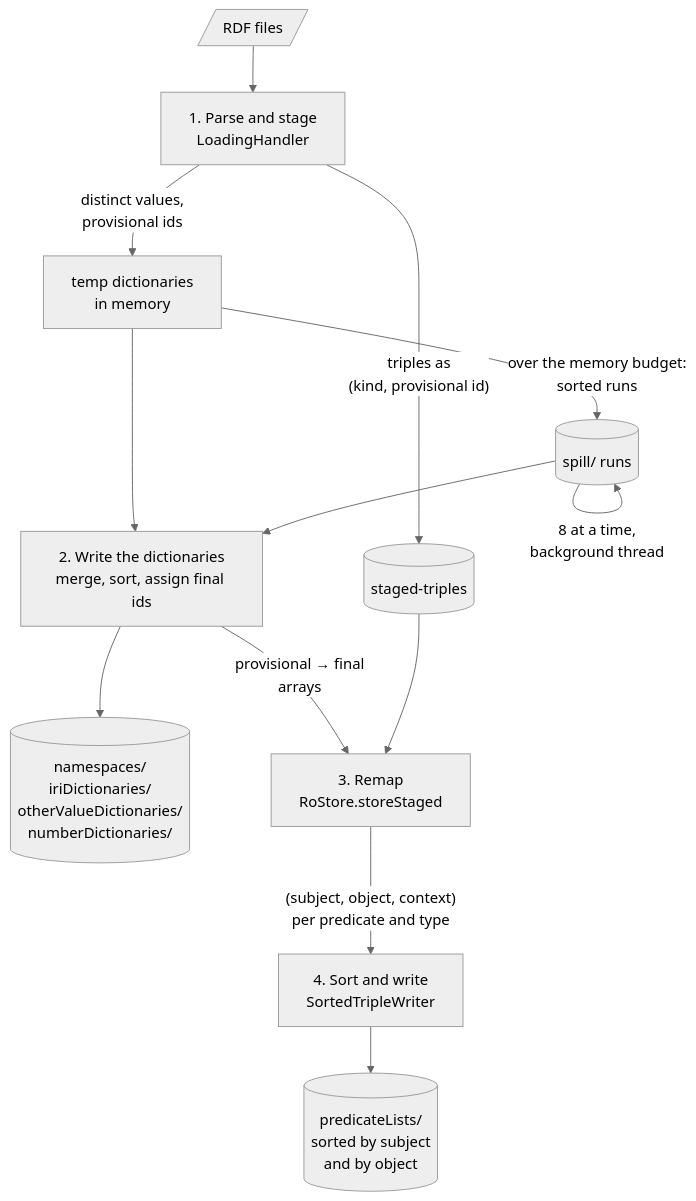
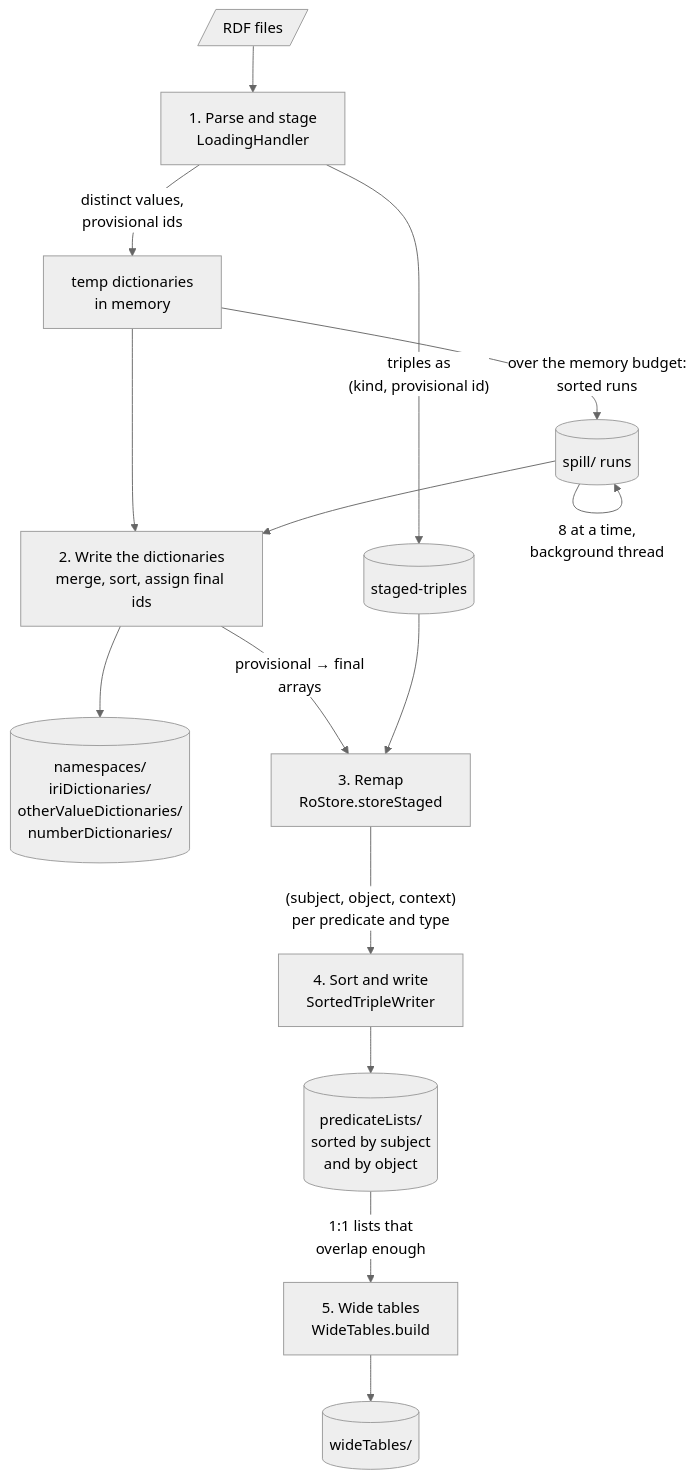
One commit to JervenBolleman/sparql-readonly changed the diagram in docs/loading.md. Above: the diagram before and after it, drawn with Mermaid (neutral theme). The commit also changed other lines of this file and 12 other files, not shown here.

First line of the commit message:
Merge one-object-per-subject triple lists into wide tables

````diff
--- a/docs/loading.md
+++ b/docs/loading.md
@@ -36,15 +37,17 @@
 ```mermaid
 flowchart TD
     rdf[/"RDF files"/] --> parse["1. Parse and stage<br/>LoadingHandler"]
     parse -->|"distinct values,<br/>provisional ids"| temp["temp dictionaries<br/>in memory"]
     temp -->|"over the memory budget:<br/>sorted runs"| runs[("spill/ runs")]
     runs -->|"8 at a time,<br/>background thread"| runs
     parse -->|"triples as<br/>(kind, provisional id)"| staged[("staged-triples")]
     temp --> dict["2. Write the dictionaries<br/>merge, sort, assign final ids"]
     runs --> dict
     dict --> dicts[("namespaces/<br/>iriDictionaries/<br/>otherValueDictionaries/<br/>numberDictionaries/")]
     dict -->|"provisional → final<br/>arrays"| remap["3. Remap<br/>RoStore.storeStaged"]
     staged --> remap
     remap -->|"(subject, object, context)<br/>per predicate and type"| sort["4. Sort and write<br/>SortedTripleWriter"]
     sort --> lists[("predicateLists/<br/>sorted by subject<br/>and by object")]
+    lists -->|"1:1 lists that<br/>overlap enough"| wide["5. Wide tables<br/>WideTables.build"]
+    wide --> tables[("wideTables/")]
 ```
````
